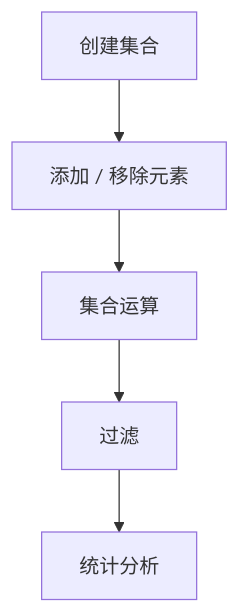
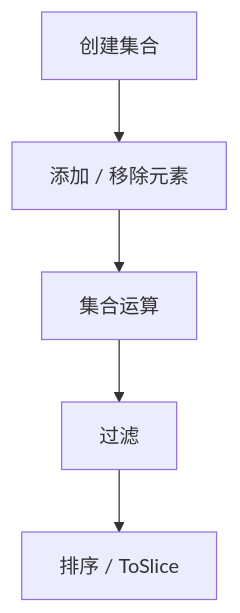
Before and after one commit to scagogogo/cpe-skills: the second of 2 diagrams in website/zh/guide/sets.md, drawn with Mermaid. The commit also changed other lines of this file and 34 other files, not shown here.

First line of the commit message:
docs(website): fix fabricated APIs in examples, sync zh with en, fix diagrams

````diff
--- a/website/zh/guide/sets.md
+++ b/website/zh/guide/sets.md
@@ -31,12 +28,12 @@
 ```mermaid
 flowchart TD
     C["创建集合"]
     M["添加 / 移除元素"]
     O["集合运算"]
     F["过滤"]
-    ST["统计分析"]
+    ST["排序 / ToSlice"]
     C --> M
     M --> O
     O --> F
     F --> ST
 ```
````
